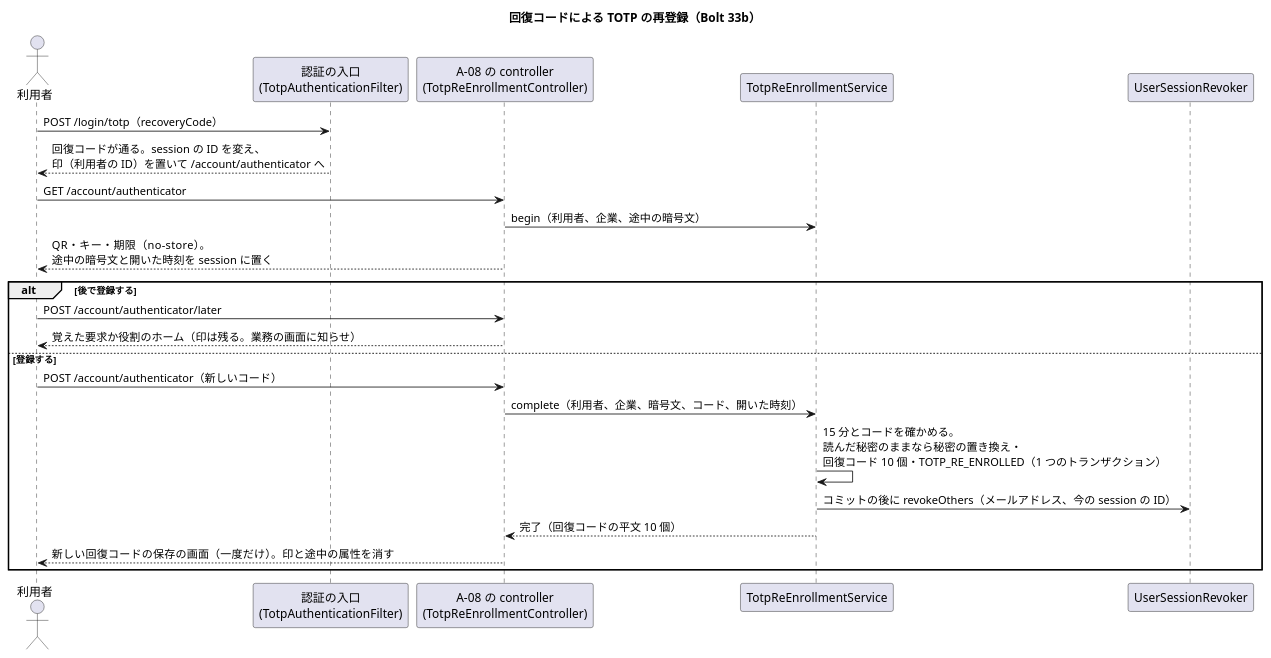
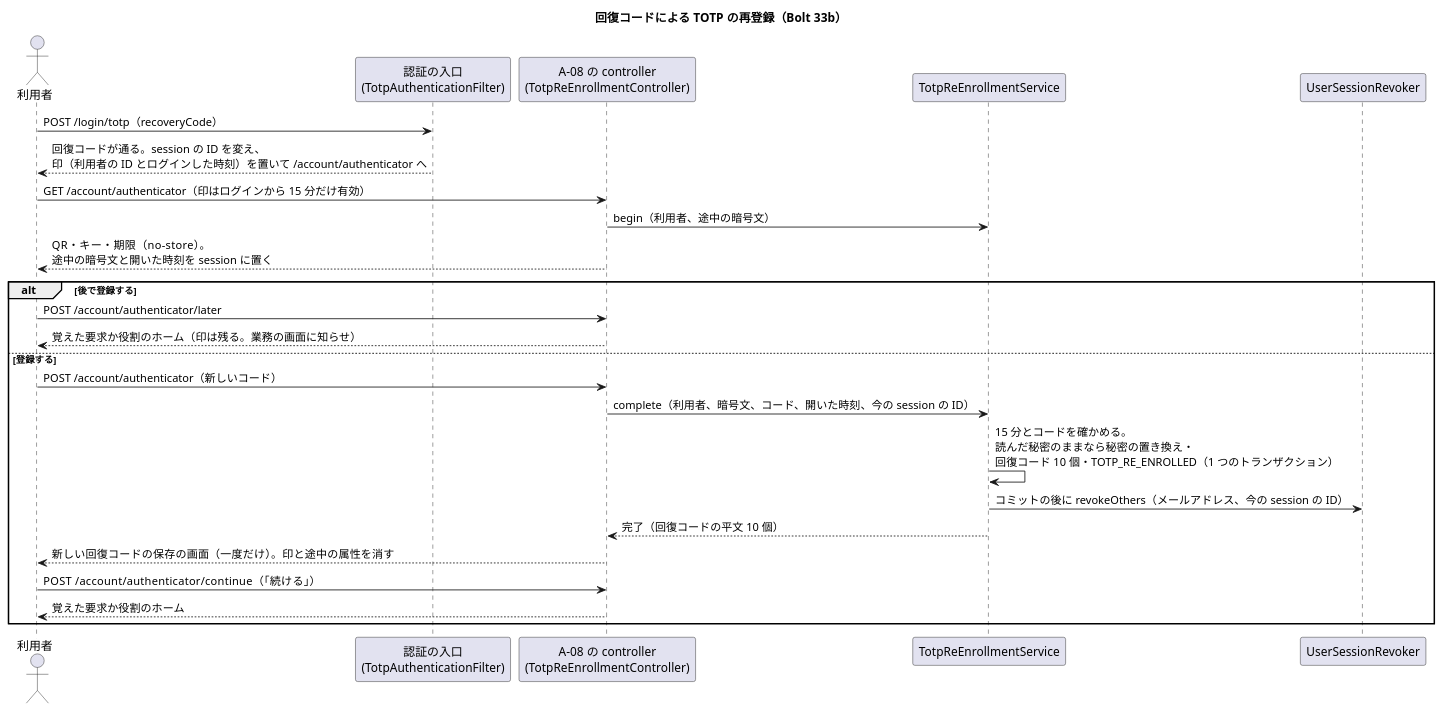
One commit to k2works/practical-domain-driven-design-in-enterpris-application changed the third of 3 diagrams in docs/adr/cargo-tracker/011-mfa-totp.md. Above: the diagram before and after it, drawn with PlantUML. The commit also changed other lines of this file and 11 other files, not shown here.

````diff
--- a/docs/adr/cargo-tracker/011-mfa-totp.md
+++ b/docs/adr/cargo-tracker/011-mfa-totp.md
@@ -302,26 +302,28 @@
 ```plantuml
 @startuml
 title 回復コードによる TOTP の再登録（Bolt 33b）
 actor 利用者 as U
 participant "認証の入口\n(TotpAuthenticationFilter)" as F
 participant "A-08 の controller\n(TotpReEnrollmentController)" as C
 participant "TotpReEnrollmentService" as S
 participant "UserSessionRevoker" as R
 U -> F : POST /login/totp（recoveryCode）
-F --> U : 回復コードが通る。session の ID を変え、\n印（利用者の ID）を置いて /account/authenticator へ
-U -> C : GET /account/authenticator
-C -> S : begin（利用者、企業、途中の暗号文）
+F --> U : 回復コードが通る。session の ID を変え、\n印（利用者の ID とログインした時刻）を置いて /account/authenticator へ
+U -> C : GET /account/authenticator（印はログインから 15 分だけ有効）
+C -> S : begin（利用者、途中の暗号文）
 C --> U : QR・キー・期限（no-store）。\n途中の暗号文と開いた時刻を session に置く
 alt 後で登録する
   U -> C : POST /account/authenticator/later
   C --> U : 覚えた要求か役割のホーム（印は残る。業務の画面に知らせ）
 else 登録する
   U -> C : POST /account/authenticator（新しいコード）
-  C -> S : complete（利用者、企業、暗号文、コード、開いた時刻）
+  C -> S : complete（利用者、暗号文、コード、開いた時刻、今の session の ID）
   S -> S : 15 分とコードを確かめる。\n読んだ秘密のままなら秘密の置き換え・\n回復コード 10 個・TOTP_RE_ENROLLED（1 つのトランザクション）
   S -> R : コミットの後に revokeOthers（メールアドレス、今の session の ID）
   S --> C : 完了（回復コードの平文 10 個）
   C --> U : 新しい回復コードの保存の画面（一度だけ）。印と途中の属性を消す
+  U -> C : POST /account/authenticator/continue（「続ける」）
+  C --> U : 覚えた要求か役割のホーム
 end
 @enduml
 ```
````
